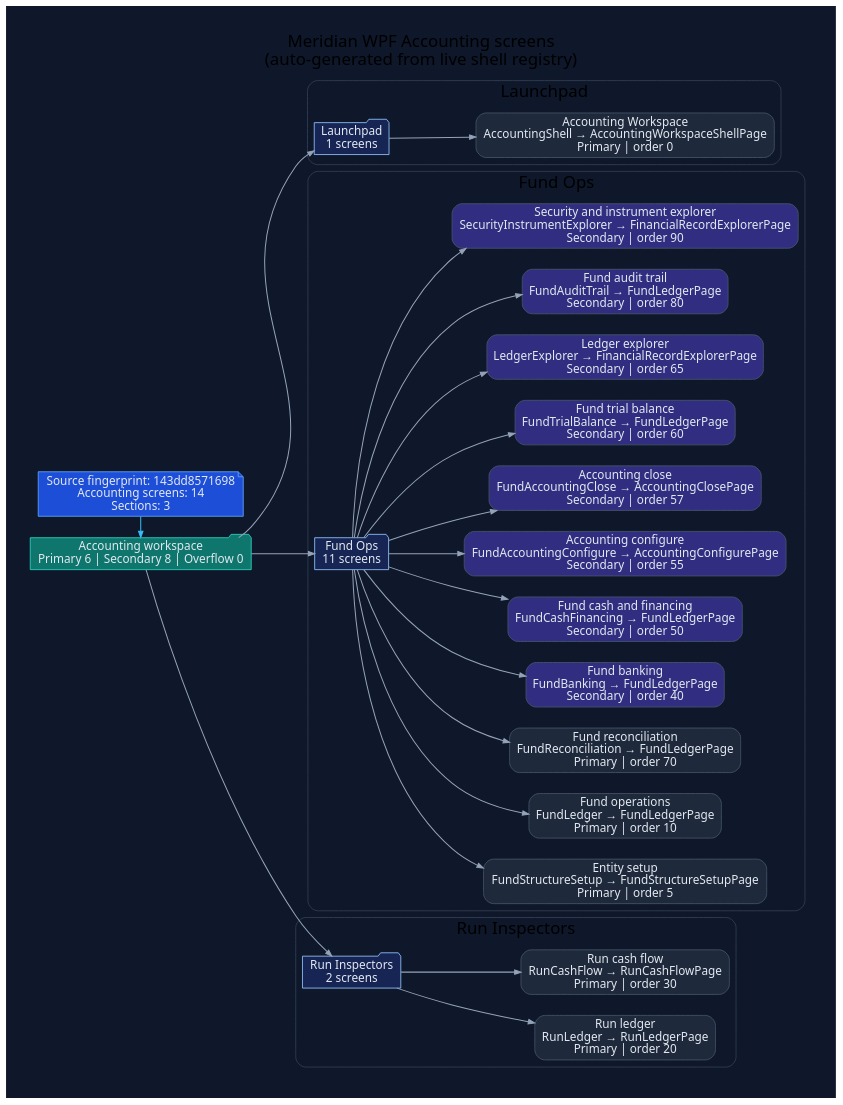
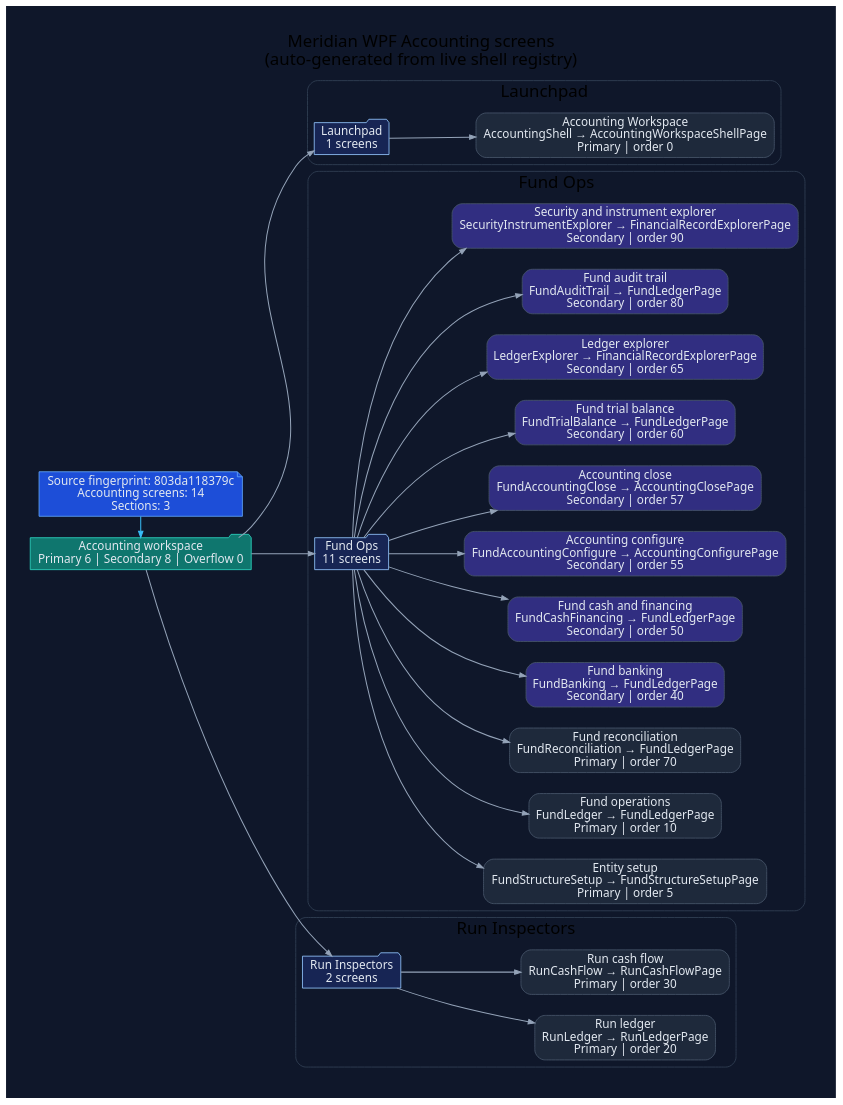
One commit to rodoHasArrived/Meridian-main changed the diagram in docs/diagrams/ui/ui-wpf-screens-accounting.dot. Above: the diagram before and after it, drawn with Graphviz. The commit also changed 59 other files, not shown here.

```diff
--- a/docs/diagrams/ui/ui-wpf-screens-accounting.dot
+++ b/docs/diagrams/ui/ui-wpf-screens-accounting.dot
@@ -1,78 +1,78 @@
 // -----------------------------------------------------------------------------
 // <auto-generated>
 // Generated by scripts/generate-diagrams.mjs.
 // Do not edit this file directly; update the WPF source files instead.
 // -----------------------------------------------------------------------------
 digraph WpfAccountingScreens {
   graph [
     rankdir=LR,
     labelloc=t,
     label="Meridian WPF Accounting screens\n(auto-generated from live shell registry)",
     fontname="Segoe UI",
     fontsize=20,
     pad=0.4,
     nodesep=0.35,
     ranksep=0.85,
     bgcolor="#0f172a"
   ];
   node [fontname="Segoe UI", shape=box, style="rounded,filled", color="#475569", fontcolor="#e2e8f0", fillcolor="#1e293b"];
   edge [fontname="Segoe UI", color="#94a3b8", penwidth=1.2, arrowsize=0.75];
 
-  generated [shape=note, fillcolor="#1d4ed8", color="#60a5fa", label="Source fingerprint: 143dd8571698\nAccounting screens: 14\nSections: 3"];
+  generated [shape=note, fillcolor="#1d4ed8", color="#60a5fa", label="Source fingerprint: 803da118379c\nAccounting screens: 14\nSections: 3"];
   workspace [shape=folder, fillcolor="#0f766e", color="#2dd4bf", label="Accounting workspace\nPrimary 6 | Secondary 8 | Overflow 0"];
   generated -> workspace [color="#38bdf8"];
 
   subgraph cluster_section_1 {
     label="Launchpad";
     color="#334155";
     style="rounded";
     section_1 [shape=folder, fillcolor="#172554", color="#93c5fd", label="Launchpad\n1 screens"];
     workspace -> section_1;
     screen_AccountingShell [fillcolor="#1e293b", label="Accounting Workspace\nAccountingShell → AccountingWorkspaceShellPage\nPrimary | order 0"];
     section_1 -> screen_AccountingShell;
   }
 
   subgraph cluster_section_2 {
     label="Fund Ops";
     color="#334155";
     style="rounded";
     section_2 [shape=folder, fillcolor="#172554", color="#93c5fd", label="Fund Ops\n11 screens"];
     workspace -> section_2;
     screen_FundStructureSetup [fillcolor="#1e293b", label="Entity setup\nFundStructureSetup → FundStructureSetupPage\nPrimary | order 5"];
     section_2 -> screen_FundStructureSetup;
     screen_FundLedger [fillcolor="#1e293b", label="Fund operations\nFundLedger → FundLedgerPage\nPrimary | order 10"];
     section_2 -> screen_FundLedger;
     screen_FundReconciliation [fillcolor="#1e293b", label="Fund reconciliation\nFundReconciliation → FundLedgerPage\nPrimary | order 70"];
     section_2 -> screen_FundReconciliation;
     screen_FundBanking [fillcolor="#312e81", label="Fund banking\nFundBanking → FundLedgerPage\nSecondary | order 40"];
     section_2 -> screen_FundBanking;
     screen_FundCashFinancing [fillcolor="#312e81", label="Fund cash and financing\nFundCashFinancing → FundLedgerPage\nSecondary | order 50"];
     section_2 -> screen_FundCashFinancing;
     screen_FundAccountingConfigure [fillcolor="#312e81", label="Accounting configure\nFundAccountingConfigure → AccountingConfigurePage\nSecondary | order 55"];
     section_2 -> screen_FundAccountingConfigure;
     screen_FundAccountingClose [fillcolor="#312e81", label="Accounting close\nFundAccountingClose → AccountingClosePage\nSecondary | order 57"];
     section_2 -> screen_FundAccountingClose;
     screen_FundTrialBalance [fillcolor="#312e81", label="Fund trial balance\nFundTrialBalance → FundLedgerPage\nSecondary | order 60"];
     section_2 -> screen_FundTrialBalance;
     screen_LedgerExplorer [fillcolor="#312e81", label="Ledger explorer\nLedgerExplorer → FinancialRecordExplorerPage\nSecondary | order 65"];
     section_2 -> screen_LedgerExplorer;
     screen_FundAuditTrail [fillcolor="#312e81", label="Fund audit trail\nFundAuditTrail → FundLedgerPage\nSecondary | order 80"];
     section_2 -> screen_FundAuditTrail;
     screen_SecurityInstrumentExplorer [fillcolor="#312e81", label="Security and instrument explorer\nSecurityInstrumentExplorer → FinancialRecordExplorerPage\nSecondary | order 90"];
     section_2 -> screen_SecurityInstrumentExplorer;
   }
 
   subgraph cluster_section_3 {
     label="Run Inspectors";
     color="#334155";
     style="rounded";
     section_3 [shape=folder, fillcolor="#172554", color="#93c5fd", label="Run Inspectors\n2 screens"];
     workspace -> section_3;
     screen_RunLedger [fillcolor="#1e293b", label="Run ledger\nRunLedger → RunLedgerPage\nPrimary | order 20"];
     section_3 -> screen_RunLedger;
     screen_RunCashFlow [fillcolor="#1e293b", label="Run cash flow\nRunCashFlow → RunCashFlowPage\nPrimary | order 30"];
     section_3 -> screen_RunCashFlow;
   }
 
   { rank=min; generated; workspace; }
 }
```
